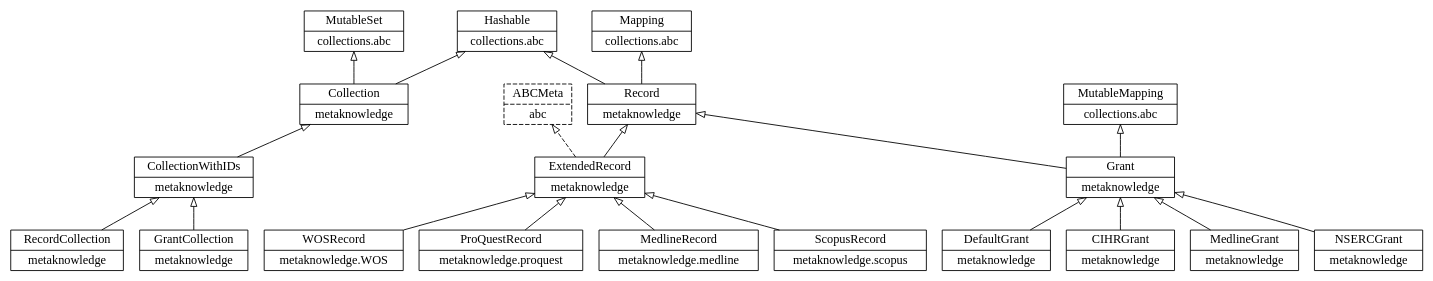
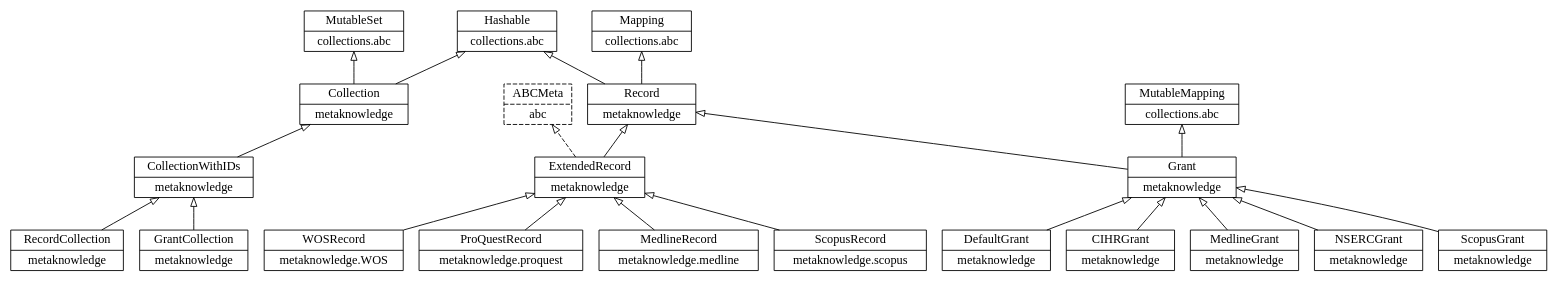
One commit to UWNETLAB/metaknowledge changed the diagram in inheritance-structure.dot. Above: the diagram before and after it, drawn with Graphviz. The commit also changed 13 other files, not shown here.

```diff
--- a/inheritance-structure.dot
+++ b/inheritance-structure.dot
@@ -1,68 +1,70 @@
 /*
 Class diagrams for metaknowledge
 */
 
 digraph Records {
     charset="utf-8";
     rankdir=BT;
     node [shape=record, fontname="Source Code Pro"];
     edge [arrowhead=empty, arrowsize=1];
     /*
     Object [label="{Object|builtin}"];
     */
     Mapping [label="{Mapping|collections.abc}"]
     Hashable [label="{Hashable|collections.abc}"]
     ABCMeta [label="{ABCMeta|abc}", style=dashed];
     MutableMapping [label="{MutableMapping|collections.abc}"]
 
     Record [label="{Record|metaknowledge}"];
     ExtendedRecord [label="{ExtendedRecord|metaknowledge}"];
     Grant [label="{Grant|metaknowledge}"];
 
     DefaultGrant [label="{DefaultGrant|metaknowledge}"];
     CIHRGrant [label="{CIHRGrant|metaknowledge}"];
     MedlineGrant [label="{MedlineGrant|metaknowledge}"];
     NSERCGrant [label="{NSERCGrant|metaknowledge}"];
+    ScopusGrant [label="{ScopusGrant|metaknowledge}"];
 
     WOSRecord [label="{WOSRecord|metaknowledge.WOS}"];
     ProQuestRecord [label="{ProQuestRecord|metaknowledge.proquest}"];
     MedlineRecord [label="{MedlineRecord|metaknowledge.medline}"];
     ScopusRecord [label="{ScopusRecord|metaknowledge.scopus}"];
 
     MutableSet [label="{MutableSet|collections.abc}"];
     Collection [label="{Collection|metaknowledge}"];
     CollectionWithIDs [label="{CollectionWithIDs|metaknowledge}"];
     RecordCollection [label="{RecordCollection|metaknowledge}"];
     GrantCollection [label="{GrantCollection|metaknowledge}"];
 
     /*
     Mapping -> Object;
     Hashable -> Object;
     */
 
     Record -> Hashable;
     Record -> Mapping;
 
     Collection -> MutableSet;
     Collection -> Hashable;
 
     Grant -> Record;
     Grant -> MutableMapping;
 
     DefaultGrant -> Grant;
     CIHRGrant -> Grant;
     MedlineGrant -> Grant;
     NSERCGrant -> Grant;
+    ScopusGrant -> Grant
 
     ExtendedRecord -> ABCMeta [style=dashed];
     ExtendedRecord -> Record;
     WOSRecord -> ExtendedRecord;
     ProQuestRecord -> ExtendedRecord;
     MedlineRecord -> ExtendedRecord;
     ScopusRecord -> ExtendedRecord;
 
     CollectionWithIDs -> Collection;
     RecordCollection -> CollectionWithIDs;
     GrantCollection -> CollectionWithIDs;
 
 }
```
